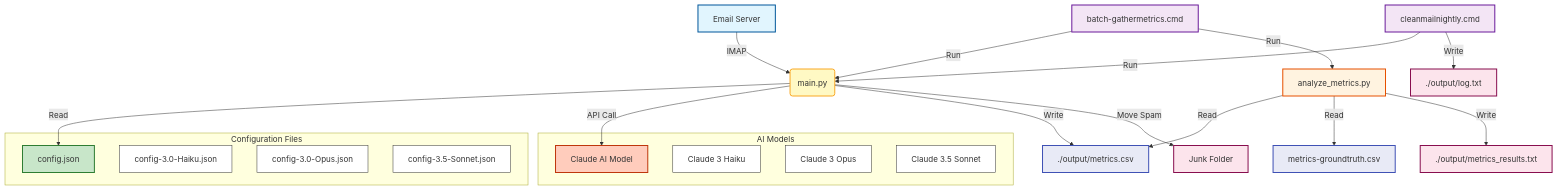
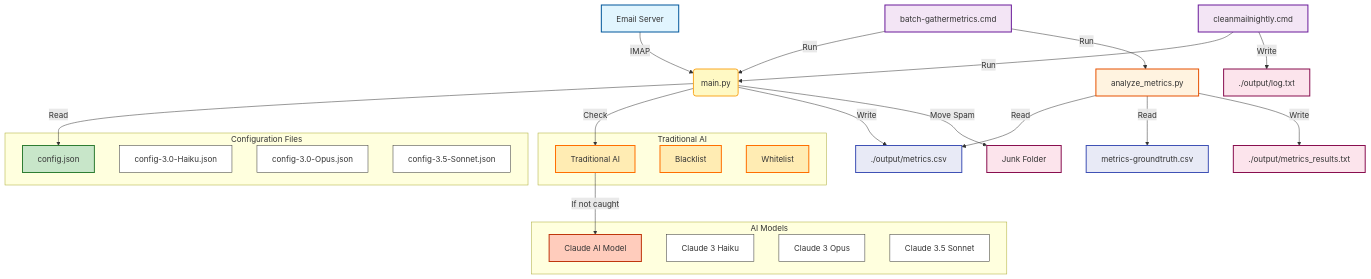
The diagram in docs/system-diagram.mermaid (chrisaharden/CleanMail), drawn with Mermaid before and after one commit. The commit also changed 2 other files, not shown here.

Commit message:
adding traditional ai block

```diff
--- a/docs/system-diagram.mermaid
+++ b/docs/system-diagram.mermaid
@@ -1,45 +1,55 @@
 graph TD
     A[Email Server] -->|IMAP| B(main.py)
     B -->|Read| C[config.json]
-    B -->|API Call| D[Claude AI Model]
+    B -->|Check| S[Traditional AI]
+    S -->|If not caught| D[Claude AI Model]
     B -->|Write| E[./output/metrics.csv]
     B -->|Move Spam| F[Junk Folder]
     
     G[batch-gathermetrics.cmd] -->|Run| B
     G -->|Run| H[analyze_metrics.py]
     
     H -->|Read| E
     H -->|Read| I[metrics-groundtruth.csv]
     H -->|Write| J[./output/metrics_results.txt]
     
     K[cleanmailnightly.cmd] -->|Run| B
     K -->|Write| L[./output/log.txt]
     
     subgraph "Configuration Files"
         C
         M[config-3.0-Haiku.json]
         N[config-3.0-Opus.json]
         O[config-3.5-Sonnet.json]
     end
     
     subgraph "AI Models"
         D
         P[Claude 3 Haiku]
         Q[Claude 3 Opus]
         R[Claude 3.5 Sonnet]
     end
+
+    subgraph "Traditional AI"
+        S
+        T[Blacklist]
+        U[Whitelist]
+    end
     
     style A fill:#e1f5fe,stroke:#01579b,stroke-width:2px
     style B fill:#fff9c4,stroke:#f9a825,stroke-width:2px
     style C fill:#c8e6c9,stroke:#2e7d32,stroke-width:2px
     style D fill:#ffccbc,stroke:#bf360c,stroke-width:2px
     style E fill:#e8eaf6,stroke:#3f51b5,stroke-width:2px
     style F fill:#fce4ec,stroke:#880e4f,stroke-width:2px
     style G fill:#f3e5f5,stroke:#6a1b9a,stroke-width:2px
     style H fill:#fff3e0,stroke:#e65100,stroke-width:2px
     style I fill:#e8eaf6,stroke:#3f51b5,stroke-width:2px
     style J fill:#fce4ec,stroke:#880e4f,stroke-width:2px
     style K fill:#f3e5f5,stroke:#6a1b9a,stroke-width:2px
     style L fill:#fce4ec,stroke:#880e4f,stroke-width:2px
+    style S fill:#ffecb3,stroke:#ff6f00,stroke-width:2px
+    style T fill:#ffecb3,stroke:#ff6f00,stroke-width:2px
+    style U fill:#ffecb3,stroke:#ff6f00,stroke-width:2px
     
     classDef default fill:#ffffff,stroke:#333,stroke-width:1px;
```
